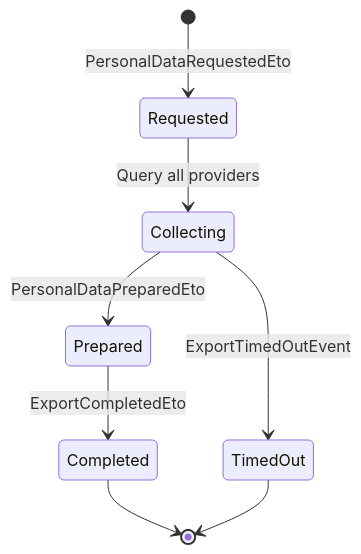
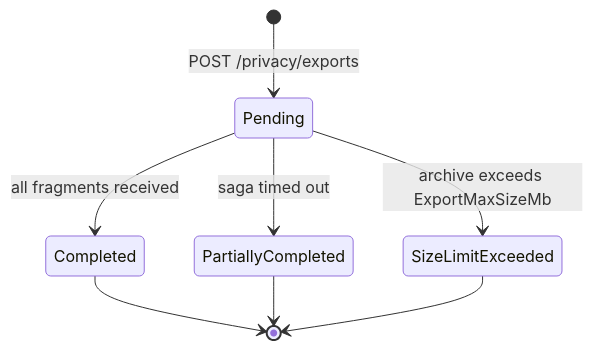
Before and after one commit to granit-fx/granit-dotnet: the second of 2 diagrams in docs-site/src/content/docs/dotnet/compliance/privacy/data-export.mdx, drawn with Mermaid. The commit also changed other lines of this file and 2 other files, not shown here.

First line of the commit message:
docs(privacy): ADR-021 + data-export page for the new pipeline (#1050)

````diff
--- a/docs-site/src/content/docs/dotnet/compliance/privacy/data-export.mdx
+++ b/docs-site/src/content/docs/dotnet/compliance/privacy/data-export.mdx
@@ -13,10 +197,10 @@
 ```mermaid
 stateDiagram-v2
-    [*] --> Requested: PersonalDataRequestedEto
-    Requested --> Collecting: Query all providers
-    Collecting --> Prepared: PersonalDataPreparedEto
-    Prepared --> Completed: ExportCompletedEto
-    Collecting --> TimedOut: ExportTimedOutEvent
+    [*] --> Pending: POST /privacy/exports
+    Pending --> Completed: all fragments received
+    Pending --> PartiallyCompleted: saga timed out
+    Pending --> SizeLimitExceeded: archive exceeds ExportMaxSizeMb
     Completed --> [*]
-    TimedOut --> [*]
+    PartiallyCompleted --> [*]
+    SizeLimitExceeded --> [*]
 ```
````
